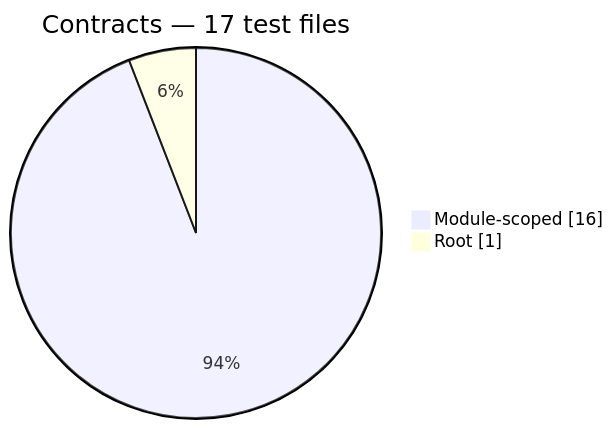
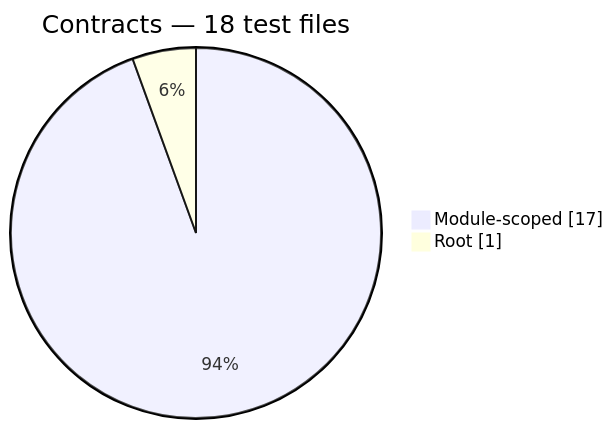
The first of 7 diagrams in docs/generated/test-composition.md (Mohammed-Alama/php-arazzo), drawn with Mermaid before and after one commit. The commit also changed other lines of this file and 10 other files, not shown here.

````diff
--- a/docs/generated/test-composition.md
+++ b/docs/generated/test-composition.md
@@ -14,6 +14,6 @@
 ```mermaid
 pie showData
-    title Contracts — 17 test files
-    "Module-scoped": 16
+    title Contracts — 18 test files
+    "Module-scoped": 17
     "Root": 1
 ```
````
